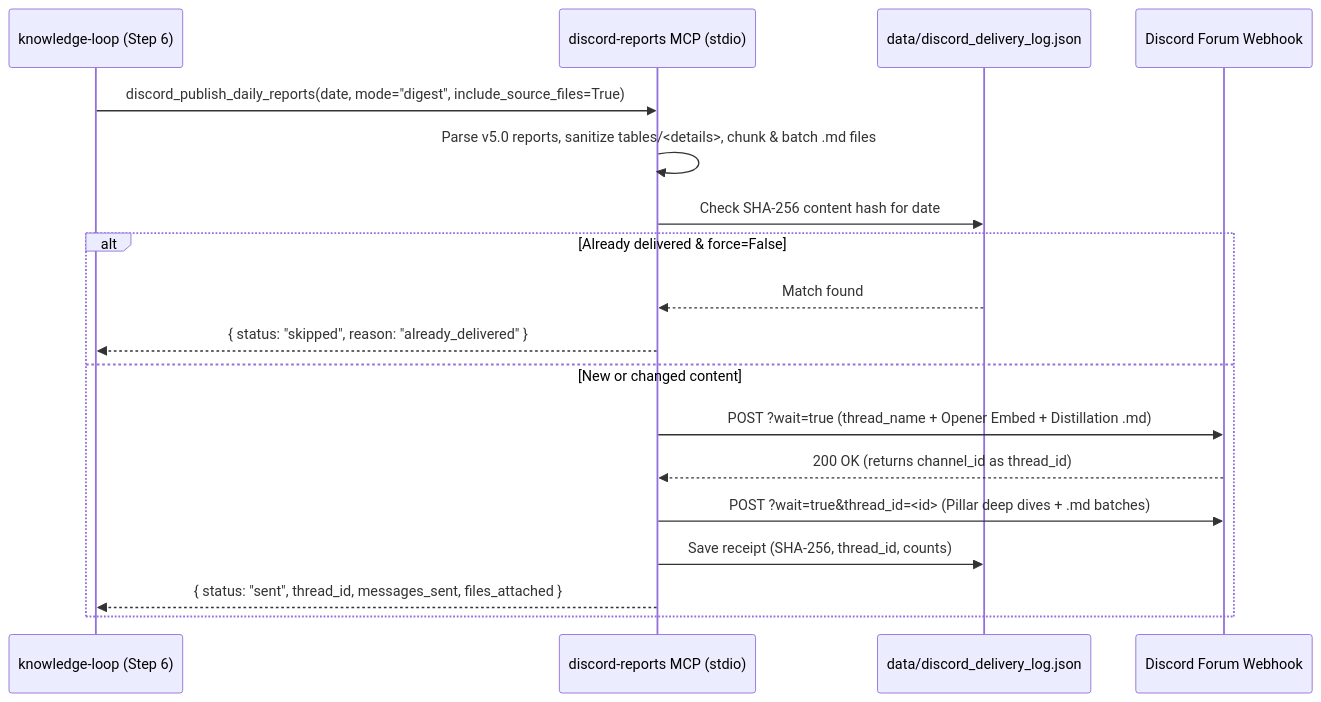
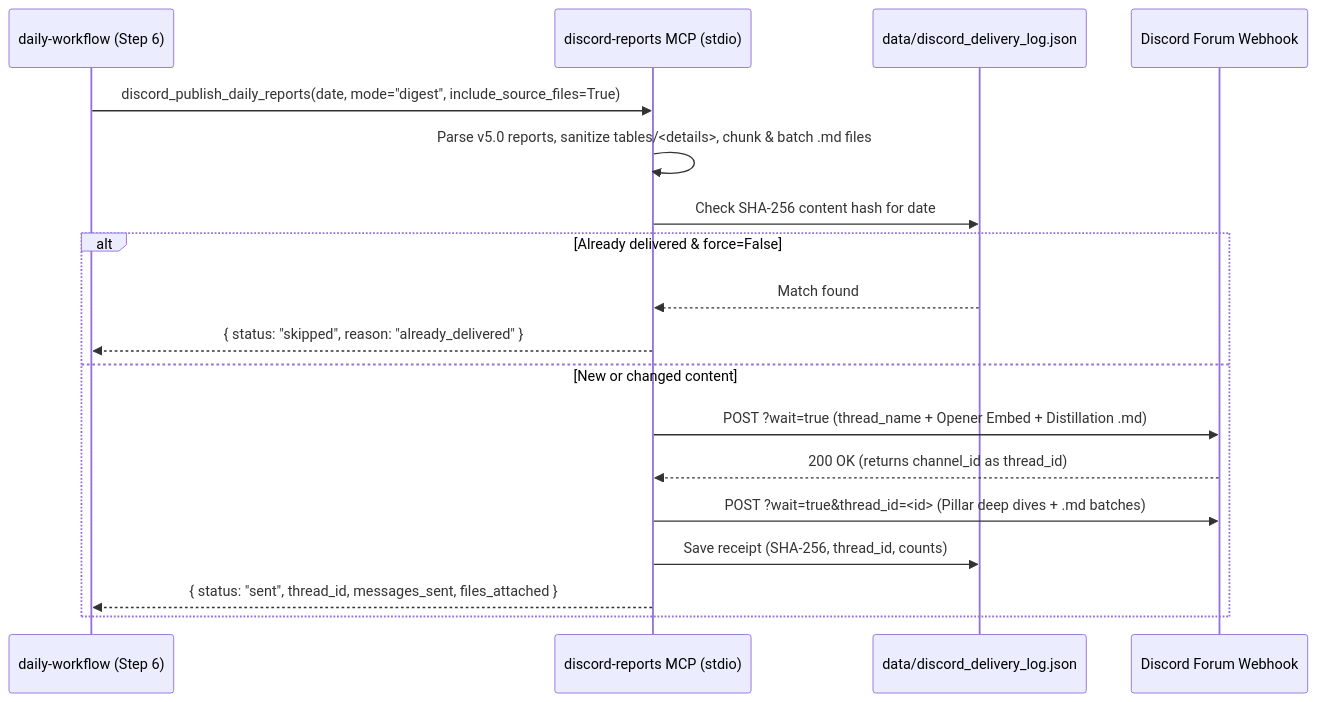
One commit to allanbian1017/knowledge-loop changed the diagram in docs/guides/discord-mcp-setup-guide.md. Above: the diagram before and after it, drawn with Mermaid. The commit also changed other lines of this file, not shown here.

Commit message:
docs: revert daily-workflow naming in discord-mcp-setup-guide.md

````diff
--- a/docs/guides/discord-mcp-setup-guide.md
+++ b/docs/guides/discord-mcp-setup-guide.md
@@ -15,21 +15,21 @@
 ```mermaid
 sequenceDiagram
-    participant KL as knowledge-loop (Step 6)
+    participant DW as daily-workflow (Step 6)
     participant MCP as discord-reports MCP (stdio)
     participant Ledger as data/discord_delivery_log.json
     participant Discord as Discord Forum Webhook
 
-    KL->>MCP: discord_publish_daily_reports(date, mode="digest", include_source_files=True)
+    DW->>MCP: discord_publish_daily_reports(date, mode="digest", include_source_files=True)
     MCP->>MCP: Parse v5.0 reports, sanitize tables/<details>, chunk & batch .md files
     MCP->>Ledger: Check SHA-256 content hash for date
     alt Already delivered & force=False
         Ledger-->>MCP: Match found
-        MCP-->>KL: { status: "skipped", reason: "already_delivered" }
+        MCP-->>DW: { status: "skipped", reason: "already_delivered" }
     else New or changed content
         MCP->>Discord: POST ?wait=true (thread_name + Opener Embed + Distillation .md)
         Discord-->>MCP: 200 OK (returns channel_id as thread_id)
         MCP->>Discord: POST ?wait=true&thread_id=<id> (Pillar deep dives + .md batches)
         MCP->>Ledger: Save receipt (SHA-256, thread_id, counts)
-        MCP-->>KL: { status: "sent", thread_id, messages_sent, files_attached }
+        MCP-->>DW: { status: "sent", thread_id, messages_sent, files_attached }
     end
 ```
````
